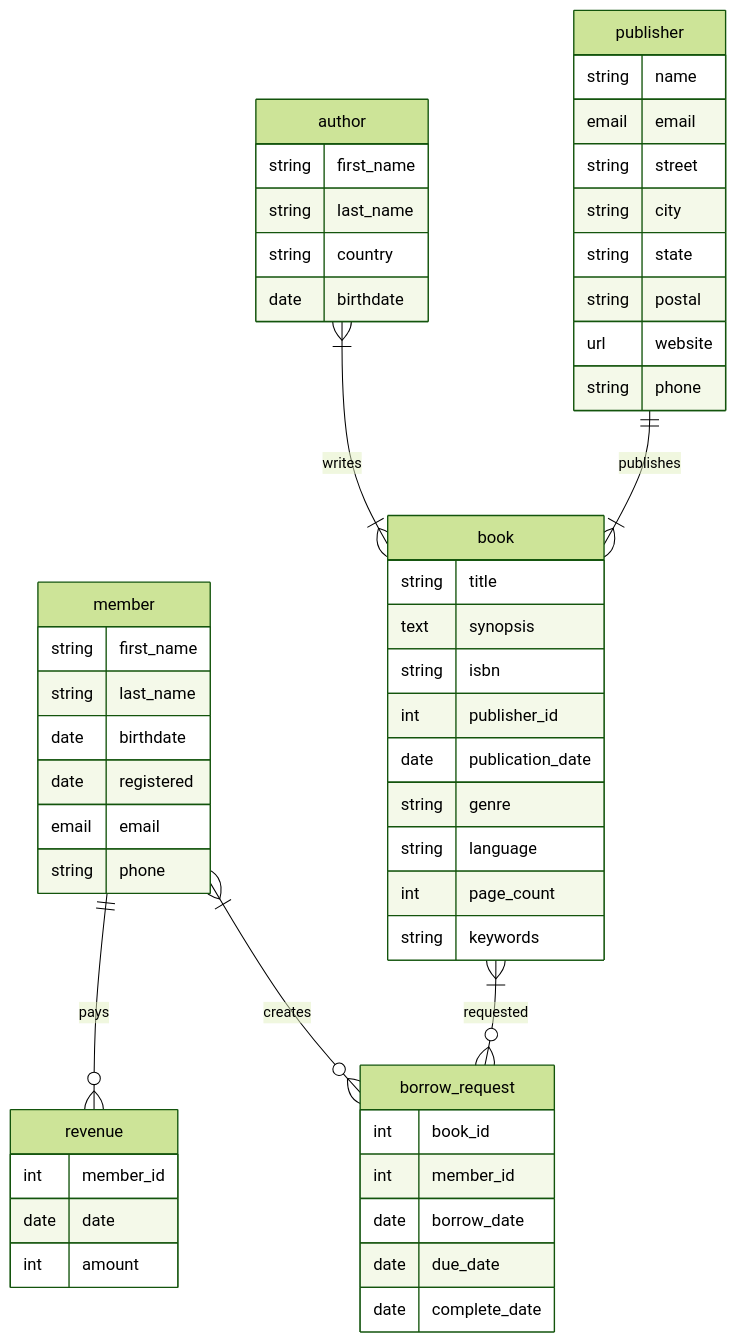
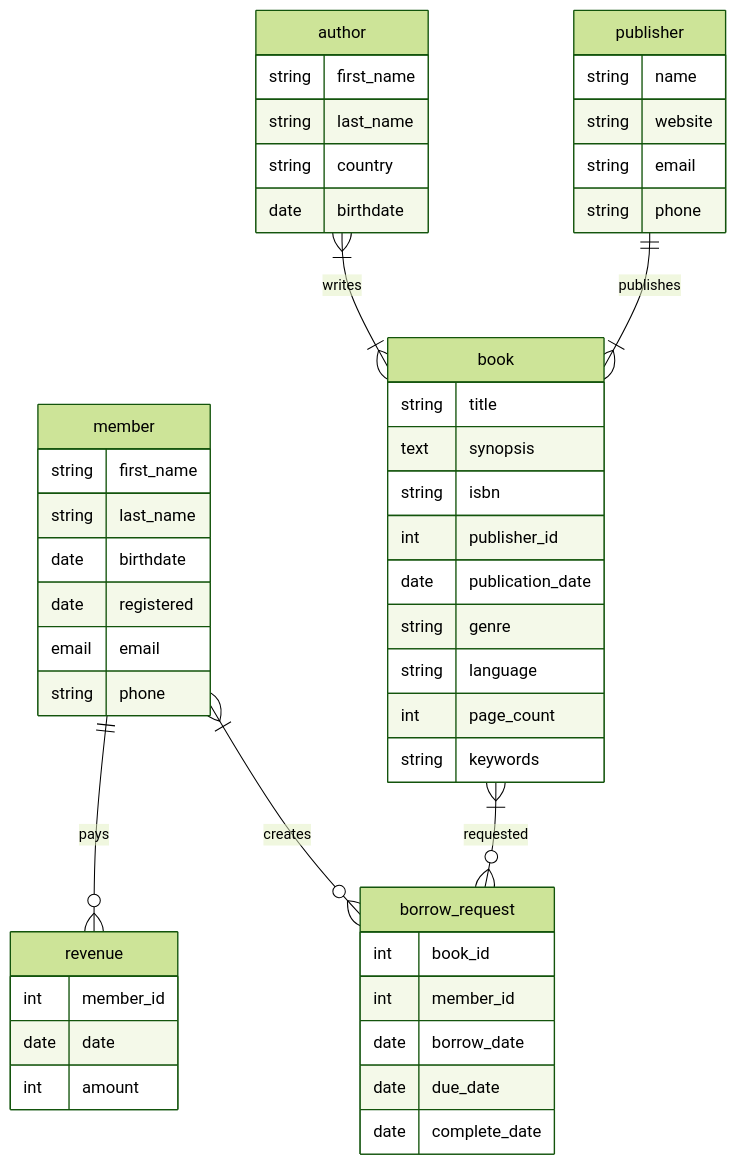
The diagram in README.md (edu-python-course/libms-db), drawn with Mermaid (forest theme) before and after one commit. The commit also changed 3 other files, not shown here.

Commit message:
Update publisher schema

````diff
--- a/README.md
+++ b/README.md
@@ -132,61 +132,57 @@
 ```mermaid
 erDiagram
     member ||--o{ revenue: pays
     member }|--o{ borrow_request: creates
     book }|--o{ borrow_request: requested
     author }|--|{ book: writes
     publisher ||--|{ book: publishes
 
     member {
         string first_name
         string last_name
         date birthdate
         date registered
         email email
         string phone
     }
 
     book {
         string title
         text synopsis
         string isbn
         int publisher_id
         date publication_date
         string genre
         string language
         int page_count
         string keywords
     }
 
     author {
         string first_name
         string last_name
         string country
         date birthdate
     }
 
     publisher {
         string name
-        email email
-        string street
-        string city
-        string state
-        string postal
-        url website
+        string website
+        string email
         string phone
     }
 
     revenue {
         int member_id
         date date
         int amount
     }
 
     borrow_request {
         int book_id
         int member_id
         date borrow_date
         date due_date
         date complete_date
     }
 ```
````
